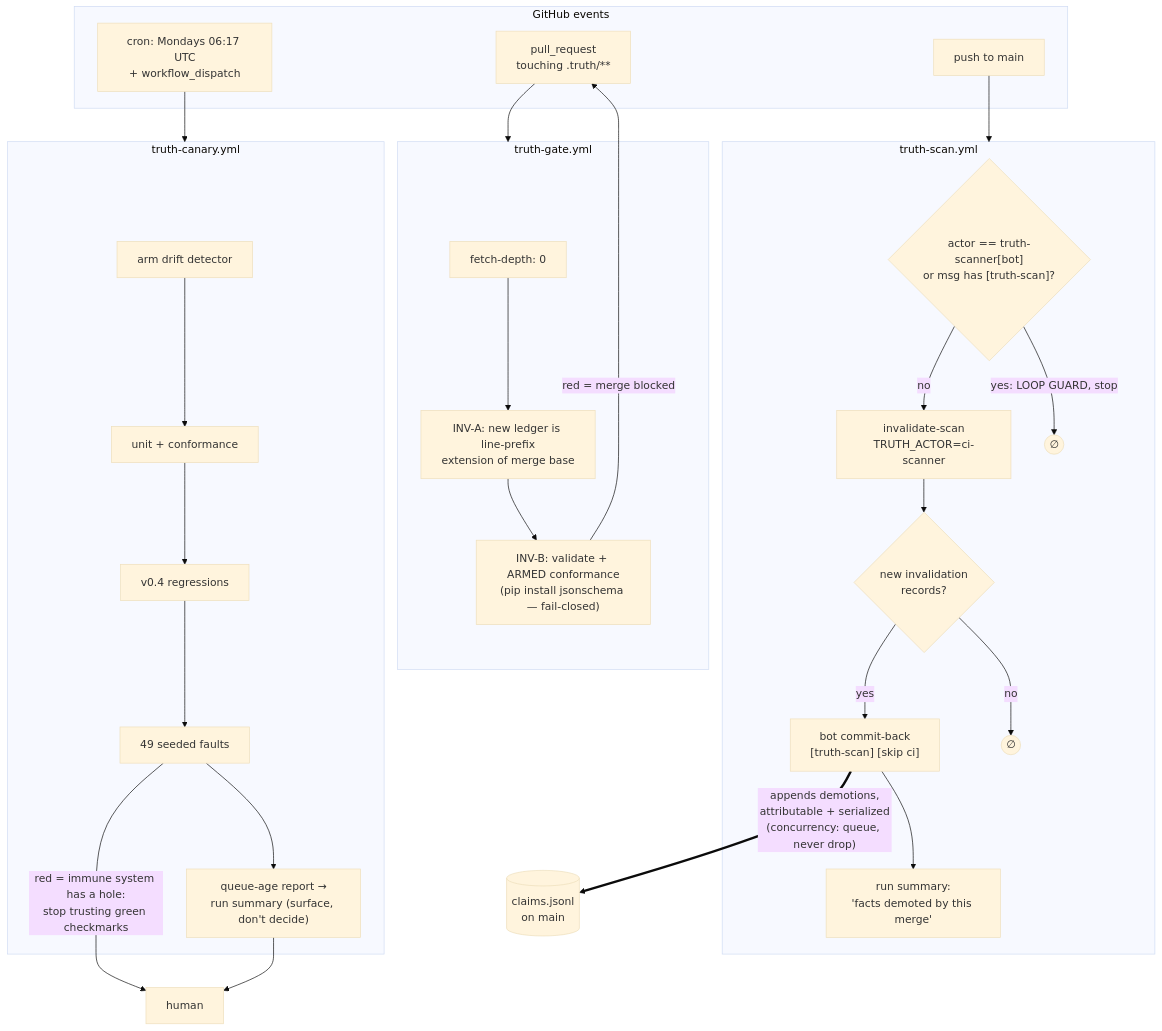
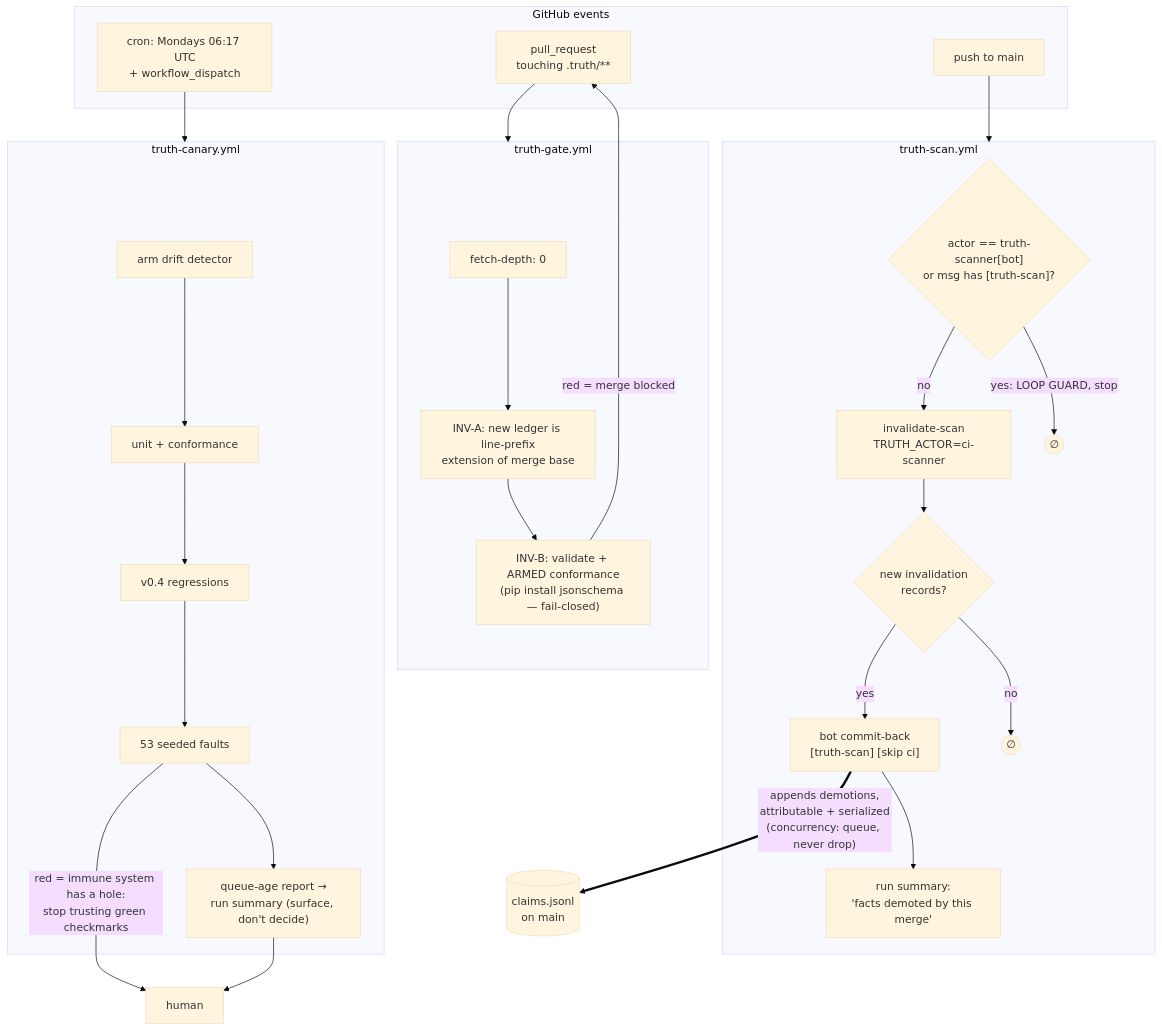
Before and after one commit to m1981/truth-ledger: the third of 4 diagrams in docs/truth-ledger-operations-guide.md, drawn with Mermaid (base theme). The commit also changed other lines of this file and 4 other files, not shown here.

````diff
--- a/docs/truth-ledger-operations-guide.md
+++ b/docs/truth-ledger-operations-guide.md
@@ -183,46 +183,46 @@
 ```mermaid
 flowchart TB
     subgraph events["GitHub events"]
         PR["pull_request<br/>touching .truth/**"]
         PUSH["push to main"]
         SCHED["cron: Mondays 06:17 UTC<br/>+ workflow_dispatch"]
     end
 
     subgraph gate["truth-gate.yml"]
         G1["fetch-depth: 0"]
         G2["INV-A: new ledger is line-prefix<br/>extension of merge base"]
         G3["INV-B: validate + ARMED conformance<br/>(pip install jsonschema — fail-closed)"]
         G1 --> G2 --> G3
     end
 
     subgraph scan["truth-scan.yml"]
         S0{"actor == truth-scanner[bot]<br/>or msg has [truth-scan]?"}
         S1["invalidate-scan<br/>TRUTH_ACTOR=ci-scanner"]
         S2{"new invalidation<br/>records?"}
         S3["bot commit-back<br/>[truth-scan] [skip ci]"]
         S4["run summary:<br/>'facts demoted by this merge'"]
         S0 -- "yes: LOOP GUARD, stop" --> X1(("∅"))
         S0 -- no --> S1 --> S2
         S2 -- yes --> S3 --> S4
         S2 -- no --> X2(("∅"))
     end
 
     subgraph canary["truth-canary.yml"]
         C1["arm drift detector"]
         C2["unit + conformance"]
         C3["v0.4 regressions"]
-        C4["49 seeded faults"]
+        C4["53 seeded faults"]
         C5["queue-age report →<br/>run summary (surface, don't decide)"]
         C1 --> C2 --> C3 --> C4 --> C5
     end
 
     L[("claims.jsonl<br/>on main")]
 
     PR --> gate
     PUSH --> scan
     SCHED --> canary
     G3 -- "red = merge blocked" --> PR
     S3 ==>|"appends demotions,<br/>attributable + serialized<br/>(concurrency: queue, never drop)"| L
     C4 -- "red = immune system has a hole:<br/>stop trusting green checkmarks" --> HU2["human"]
     C5 --> HU2
 ```
````
